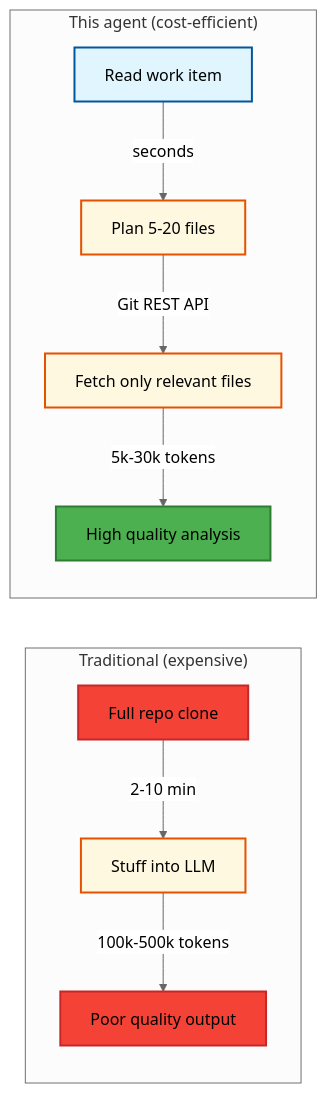
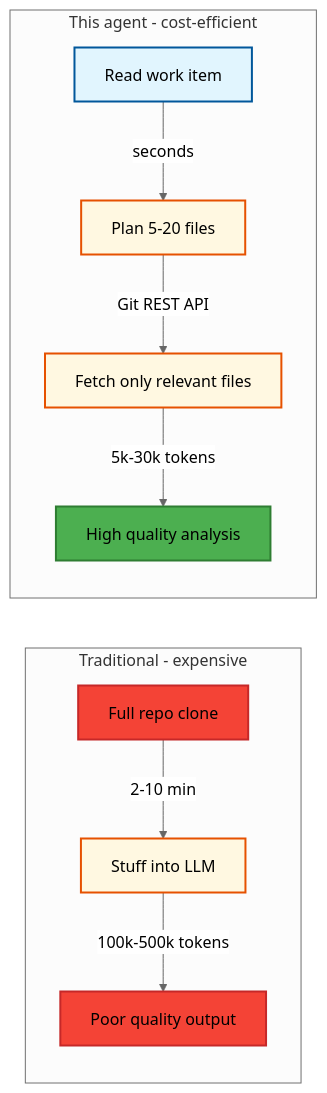
The first of 8 diagrams in README.md (victorvos/devops_agent), drawn with Mermaid (neutral theme) before and after one commit. The commit also changed other lines of this file and 37 other files, not shown here.

First line of the commit message:
Add enterprise LangGraph orchestrator and fix Mermaid for GitHub (#1)

````diff
--- a/README.md
+++ b/README.md
@@ -26,22 +89,22 @@
 ```mermaid
 graph LR
-    subgraph "Traditional (expensive)"
+    subgraph traditional["Traditional - expensive"]
         A[Full repo clone] -->|2-10 min| B[Stuff into LLM]
         B -->|100k-500k tokens| C[Poor quality output]
     end
 
-    subgraph "This agent (cost-efficient)"
+    subgraph cost_efficient["This agent - cost-efficient"]
         D["Read work item"] -->|seconds| E["Plan 5-20 files"]
         E -->|Git REST API| F["Fetch only relevant files"]
         F -->|5k-30k tokens| G[High quality analysis]
     end
 
     %% Styling
     style A fill:#f44336,stroke:#c62828,stroke-width:2px,color:#000000
     style B fill:#fff8e1,stroke:#e65100,stroke-width:2px,color:#000000
     style C fill:#f44336,stroke:#c62828,stroke-width:2px,color:#000000
     style D fill:#e1f5fe,stroke:#01579b,stroke-width:2px,color:#000000
     style E fill:#fff8e1,stroke:#e65100,stroke-width:2px,color:#000000
     style F fill:#fff8e1,stroke:#e65100,stroke-width:2px,color:#000000
     style G fill:#4caf50,stroke:#2e7d32,stroke-width:2px,color:#000000
 ```
````
